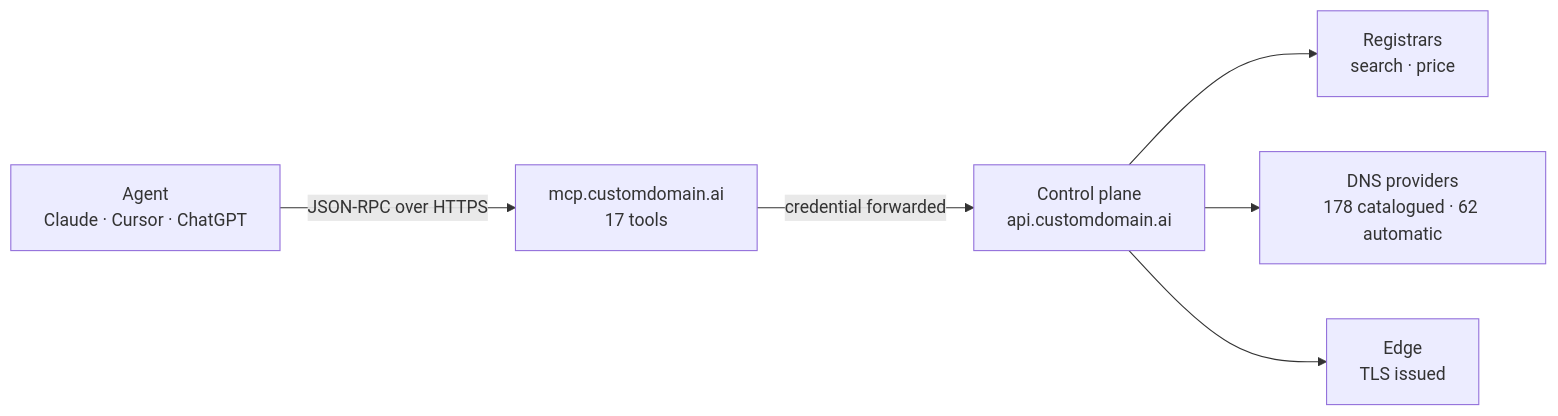
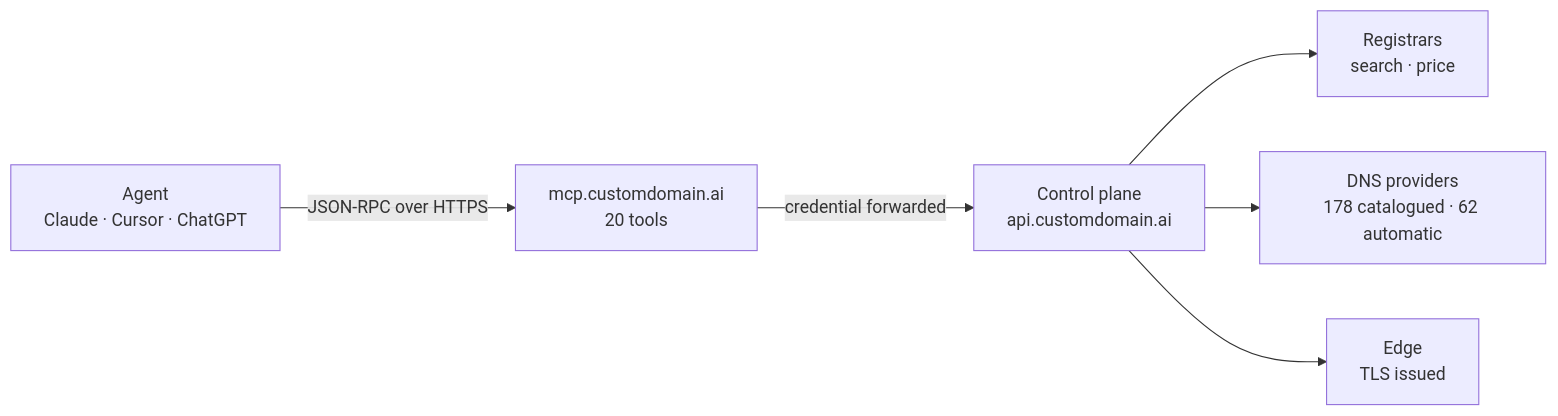
Before and after one commit to CUSTOM-DOMAIN-APP/customdomain-mcp: the first of 2 diagrams in README.md, drawn with Mermaid. The commit also changed other lines of this file and 3 other files, not shown here.

````diff
--- a/README.md
+++ b/README.md
@@ -39,8 +39,8 @@
 ```mermaid
 flowchart LR
-  A["Agent<br/>Claude · Cursor · ChatGPT"] -->|"JSON-RPC over HTTPS"| M["mcp.customdomain.ai<br/>17 tools"]
+  A["Agent<br/>Claude · Cursor · ChatGPT"] -->|"JSON-RPC over HTTPS"| M["mcp.customdomain.ai<br/>20 tools"]
   M -->|"credential forwarded"| C["Control plane<br/>api.customdomain.ai"]
   C --> R["Registrars<br/>search · price"]
   C --> D["DNS providers<br/>178 catalogued · 62 automatic"]
   C --> E["Edge<br/>TLS issued"]
 ```
````
